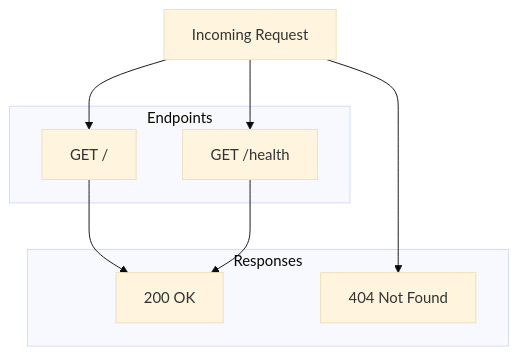
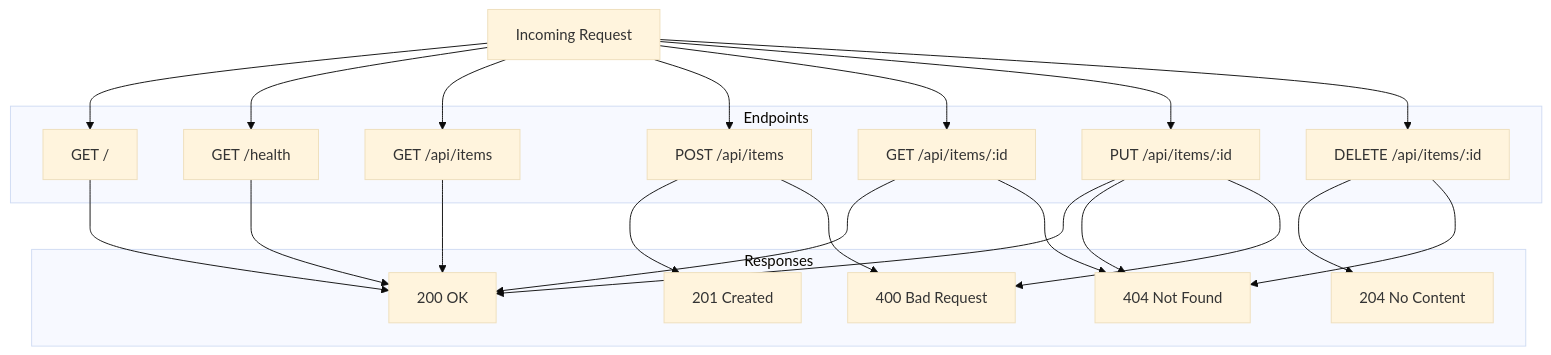
Before and after one commit to kevin-voss/crew-ai-demo-project: the diagram in docs/SERVER.md, drawn with Mermaid (base theme). The commit also changed other lines of this file, not shown here.

````diff
--- a/docs/SERVER.md
+++ b/docs/SERVER.md
@@ -33,18 +89,40 @@
 ```mermaid
 flowchart TB
     subgraph Endpoints
         Root["GET /"]
         Health["GET /health"]
+        Items["GET /api/items"]
+        Create["POST /api/items"]
+        Get["GET /api/items/:id"]
+        Update["PUT /api/items/:id"]
+        Delete["DELETE /api/items/:id"]
     end
 
     subgraph Responses
         R200["200 OK"]
+        R201["201 Created"]
+        R204["204 No Content"]
+        R400["400 Bad Request"]
         R404["404 Not Found"]
     end
 
     Request[Incoming Request] --> Root
     Request --> Health
+    Request --> Items
+    Request --> Create
+    Request --> Get
+    Request --> Update
+    Request --> Delete
     Root --> R200
     Health --> R200
-    Request --> R404
+    Items --> R200
+    Create --> R201
+    Create --> R400
+    Get --> R200
+    Get --> R404
+    Update --> R200
+    Update --> R404
+    Update --> R400
+    Delete --> R204
+    Delete --> R404
 ```
````
